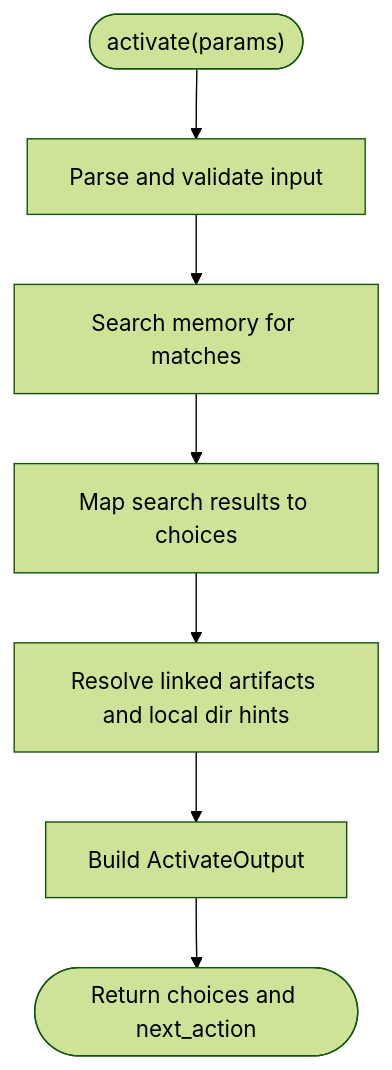
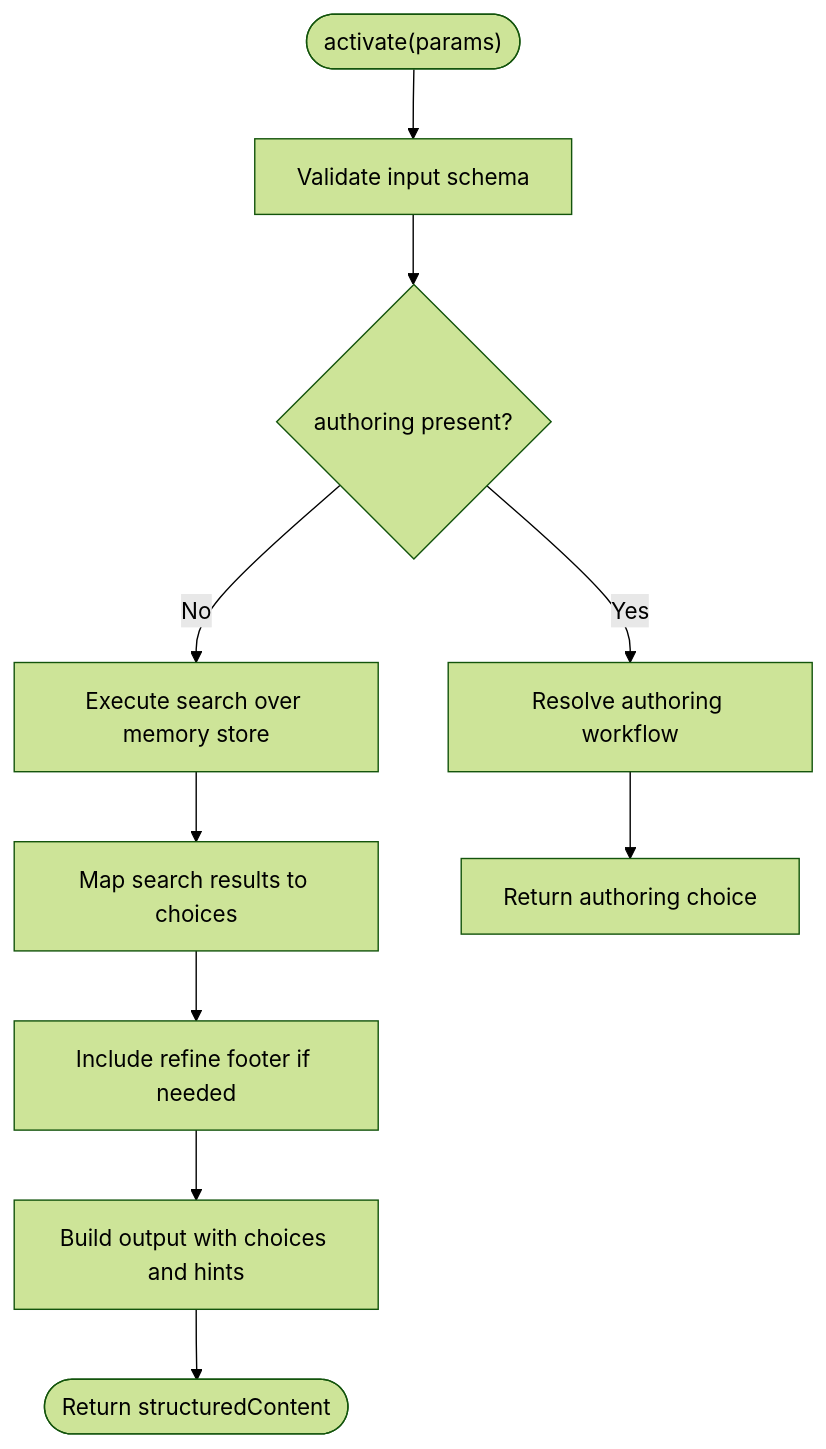
Before and after one commit to SquadRules/mcp: the third of 11 diagrams in .qoder/repowiki/en/content/MCP Tools Reference/MCP Tools Reference.md, drawn with Mermaid (forest theme). The commit also changed other lines of this file and 553 other files, not shown here.

````diff
--- a/.qoder/repowiki/en/content/MCP Tools Reference/MCP Tools Reference.md
+++ b/.qoder/repowiki/en/content/MCP Tools Reference/MCP Tools Reference.md
@@ -367,9 +209,12 @@
 ```mermaid
 flowchart TD
-Start(["activate(params)"]) --> Parse["Parse and validate input"]
-Parse --> Search["Search memory for matches"]
+Start(["activate(params)"]) --> Validate["Validate input schema"]
+Validate --> Authoring{"authoring present?"}
+Authoring --> |Yes| ResolveAuthoring["Resolve authoring workflow"]
+Authoring --> |No| Search["Execute search over memory store"]
 Search --> MapChoices["Map search results to choices"]
-MapChoices --> ArtifactHints["Resolve linked artifacts and local dir hints"]
-ArtifactHints --> BuildOutput["Build ActivateOutput"]
-BuildOutput --> End(["Return choices and next_action"])
+ResolveAuthoring --> ReturnChoice["Return authoring choice"]
+MapChoices --> IncludeRefine["Include refine footer if needed"]
+IncludeRefine --> BuildOutput["Build output with choices and hints"]
+BuildOutput --> End(["Return structuredContent"])
 ```
````
